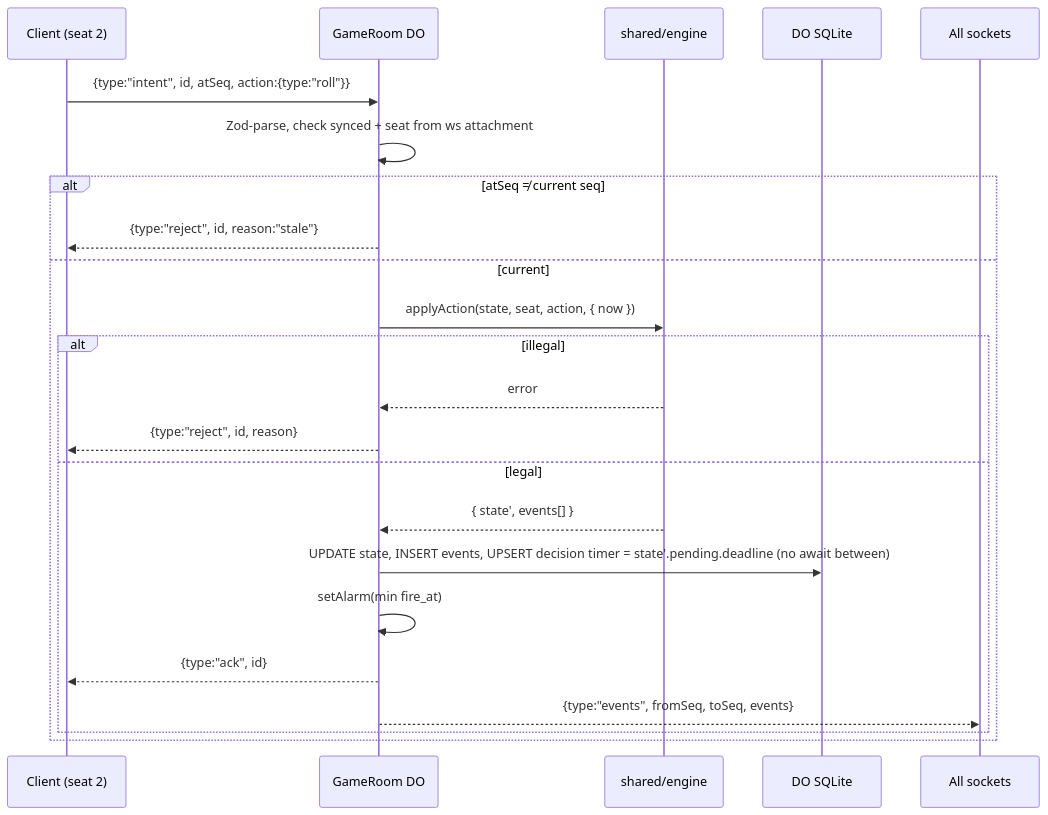
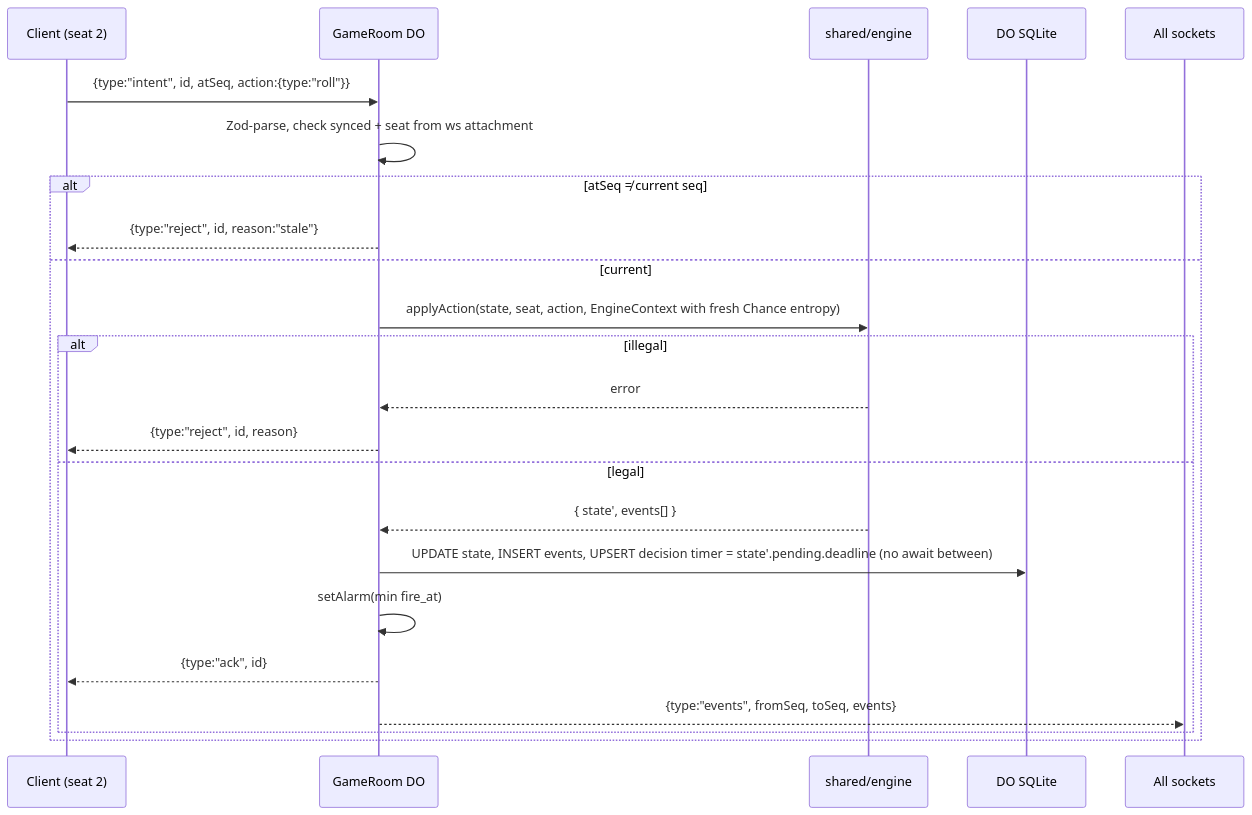
One commit to Rusutsu-Studios/Polytour changed the third of 3 diagrams in docs/ARCHITECTURE.md. Above: the diagram before and after it, drawn with Mermaid. The commit also changed other lines of this file and 19 other files, not shown here.

````diff
--- a/docs/ARCHITECTURE.md
+++ b/docs/ARCHITECTURE.md
@@ -171,26 +194,26 @@
 ```mermaid
 sequenceDiagram
   participant C as Client (seat 2)
   participant DO as GameRoom DO
   participant E as shared/engine
   participant S as DO SQLite
   participant All as All sockets
 
   C->>DO: {type:"intent", id, atSeq, action:{type:"roll"}}
   DO->>DO: Zod-parse, check synced + seat from ws attachment
   alt atSeq ≠ current seq
     DO-->>C: {type:"reject", id, reason:"stale"}
   else current
-    DO->>E: applyAction(state, seat, action, { now })
+    DO->>E: applyAction(state, seat, action, EngineContext with fresh Chance entropy)
     alt illegal
       E-->>DO: error
       DO-->>C: {type:"reject", id, reason}
     else legal
       E-->>DO: { state', events[] }
       DO->>S: UPDATE state, INSERT events, UPSERT decision timer = state'.pending.deadline (no await between)
       DO->>DO: setAlarm(min fire_at)
       DO-->>C: {type:"ack", id}
       DO-->>All: {type:"events", fromSeq, toSeq, events}
     end
   end
 ```
````
